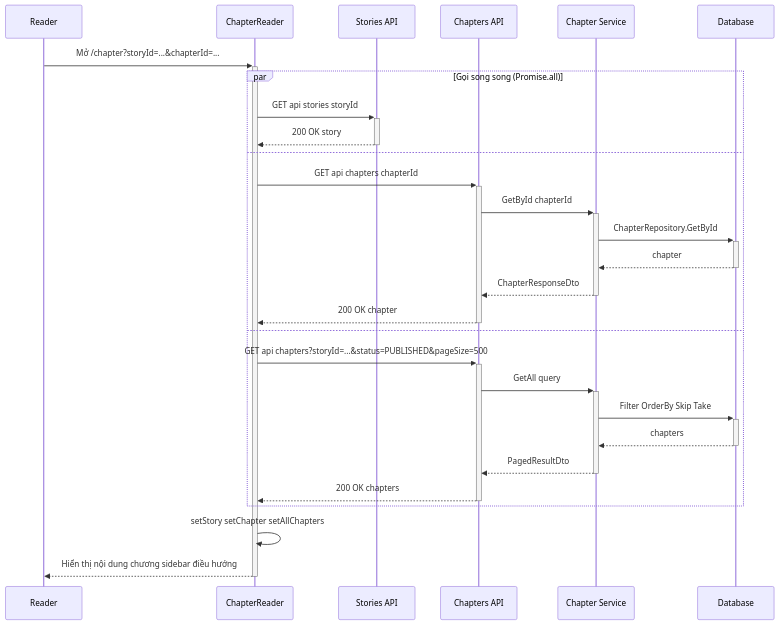
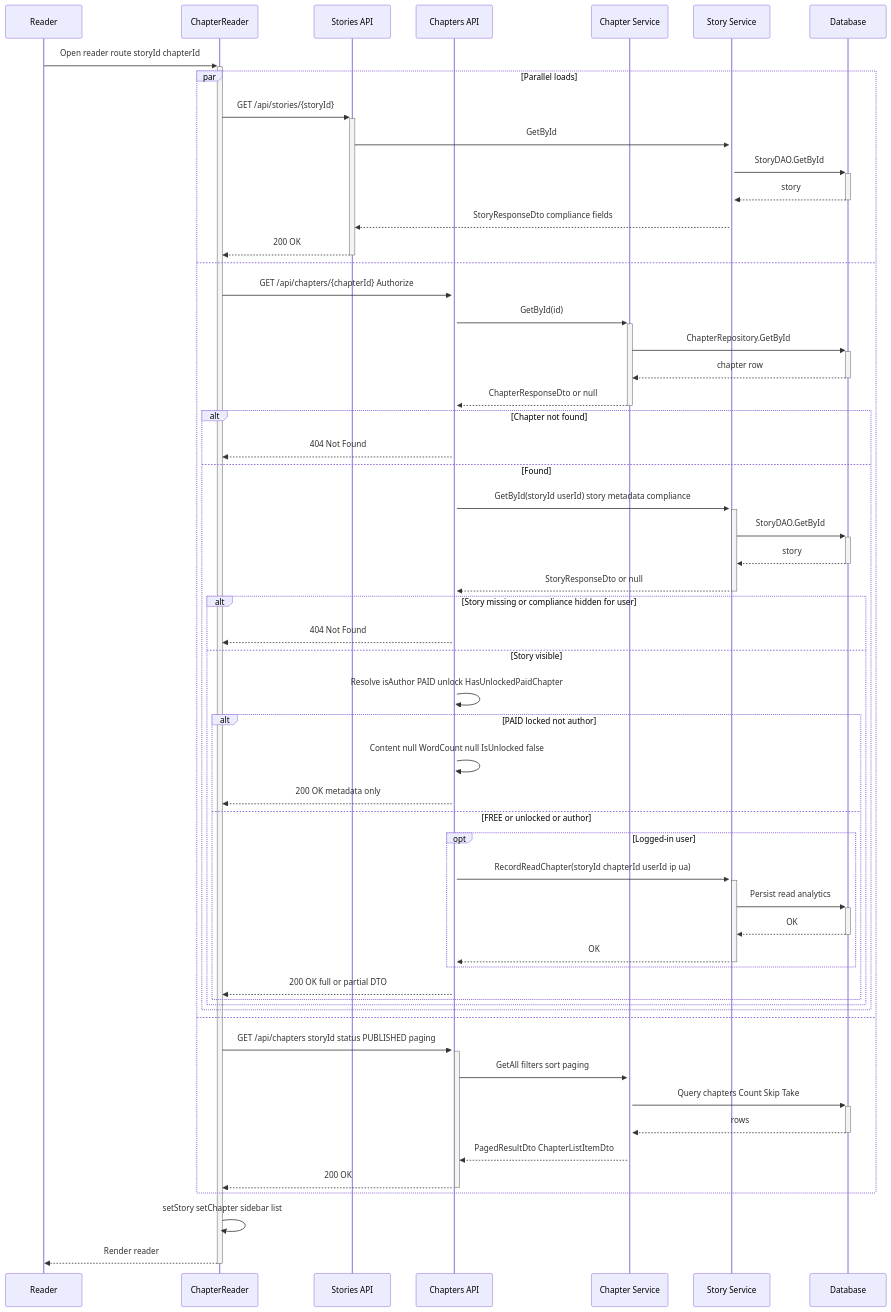
Before and after one commit to HoangHHHE176425/SEP490-G59-AICommunityStoryWriting: the eighth of 8 diagrams in frontend/sep490-g59-aicommunitystorywriting/docs/sequence-diagram-chapter-management.md, drawn with Mermaid. The commit also changed other lines of this file, not shown here.

````diff
--- a/frontend/sep490-g59-aicommunitystorywriting/docs/sequence-diagram-chapter-management.md
+++ b/frontend/sep490-g59-aicommunitystorywriting/docs/sequence-diagram-chapter-management.md
@@ -375,31 +624,60 @@
 ```mermaid
 sequenceDiagram
     participant Reader
     participant FE as ChapterReader
-    participant StoryAPI as Stories API
-    participant ChapterAPI as Chapters API
-    participant Svc as Chapter Service
+    participant StAPI as Stories API
+    participant ChAPI as Chapters API
+    participant ChSvc as Chapter Service
+    participant StSvc as Story Service
     participant DB as Database
 
-    Reader->>+FE: Mở /chapter?storyId=...&chapterId=...
-    par Gọi song song (Promise.all)
-        FE->>+StoryAPI: GET api stories storyId
-        StoryAPI-->>-FE: 200 OK story
+    Reader->>+FE: Open reader route storyId chapterId
+    par Parallel loads
+        FE->>+StAPI: GET /api/stories/{storyId}
+        StAPI->>+StSvc: GetById
+        StSvc->>+DB: StoryDAO.GetById
+        DB-->>-StSvc: story
+        StSvc-->>StAPI: StoryResponseDto compliance fields
+        StAPI-->>-FE: 200 OK
     and
-        FE->>+ChapterAPI: GET api chapters chapterId
-        ChapterAPI->>+Svc: GetById chapterId
-        Svc->>+DB: ChapterRepository.GetById
-        DB-->>-Svc: chapter
-        Svc-->>-ChapterAPI: ChapterResponseDto
-        ChapterAPI-->>-FE: 200 OK chapter
+        FE->>+ChAPI: GET /api/chapters/{chapterId} Authorize
+        ChAPI->>+ChSvc: GetById(id)
+        ChSvc->>+DB: ChapterRepository.GetById
+        DB-->>-ChSvc: chapter row
+        ChSvc-->>-ChAPI: ChapterResponseDto or null
+        alt Chapter not found
+            ChAPI-->>FE: 404 Not Found
+        else Found
+            ChAPI->>+StSvc: GetById(storyId userId) story metadata compliance
+            StSvc->>+DB: StoryDAO.GetById
+            DB-->>-StSvc: story
+            StSvc-->>-ChAPI: StoryResponseDto or null
+            alt Story missing or compliance hidden for user
+                ChAPI-->>FE: 404 Not Found
+            else Story visible
+                ChAPI->>ChAPI: Resolve isAuthor PAID unlock HasUnlockedPaidChapter
+                alt PAID locked not author
+                    ChAPI->>ChAPI: Content null WordCount null IsUnlocked false
+                    ChAPI-->>FE: 200 OK metadata only
+                else FREE or unlocked or author
+                    opt Logged-in user
+                        ChAPI->>+StSvc: RecordReadChapter(storyId chapterId userId ip ua)
+                        StSvc->>+DB: Persist read analytics
+                        DB-->>-StSvc: OK
+                        StSvc-->>-ChAPI: OK
+                    end
+                    ChAPI-->>FE: 200 OK full or partial DTO
+                end
+            end
+        end
     and
-        FE->>+ChapterAPI: GET api chapters?storyId=...&status=PUBLISHED&pageSize=500
-        ChapterAPI->>+Svc: GetAll query
-        Svc->>+DB: Filter OrderBy Skip Take
-        DB-->>-Svc: chapters
-        Svc-->>-ChapterAPI: PagedResultDto
-        ChapterAPI-->>-FE: 200 OK chapters
+        FE->>+ChAPI: GET /api/chapters storyId status PUBLISHED paging
+        ChAPI->>+ChSvc: GetAll filters sort paging
+        ChSvc->>+DB: Query chapters Count Skip Take
+        DB-->>-ChSvc: rows
+        ChSvc-->>ChAPI: PagedResultDto ChapterListItemDto
+        ChAPI-->>-FE: 200 OK
     end
-    FE->>FE: setStory setChapter setAllChapters
-    FE-->>-Reader: Hiển thị nội dung chương sidebar điều hướng
+    FE->>FE: setStory setChapter sidebar list
+    FE-->>-Reader: Render reader
 ```
````
